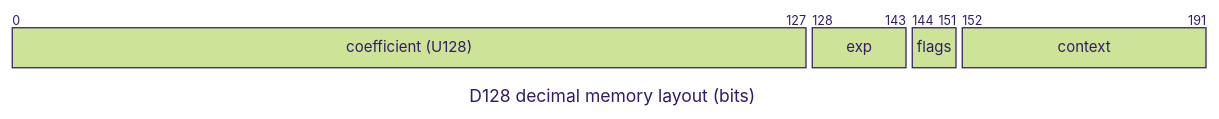
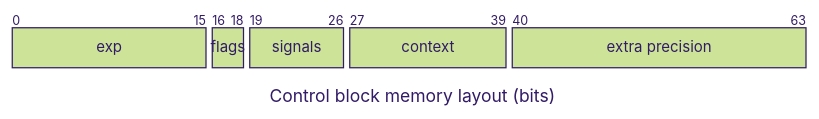
Before and after one commit to shuhuiluo/fastnum: the second of 2 diagrams in doc/LIB.md, drawn with Mermaid. The commit also changed other lines of this file and 90 other files, not shown here.

```diff
--- a/doc/LIB.md
+++ b/doc/LIB.md
@@ -332,15 +332,16 @@
 <pre class="mermaid">
     ---
-    title: D128 decimal memory layout (bits)
+    title: Control block memory layout (bits)
     config:
         theme: 'forest'
         packet:
-            bitsPerRow: 192
-            bitWidth: 5
+            bitsPerRow: 64
+            bitWidth: 10
     ---
     packet-beta
-    0-127: "coefficient (U128)"
-    128-143: "exp"
-    144-151: "flags"
-    152-191: "context"
+    0-15: "exp"
+    16-18: "flags"
+    19-26: "signals"
+    27-39: "context"
+    40-63: "extra precision"
 </pre>
```
